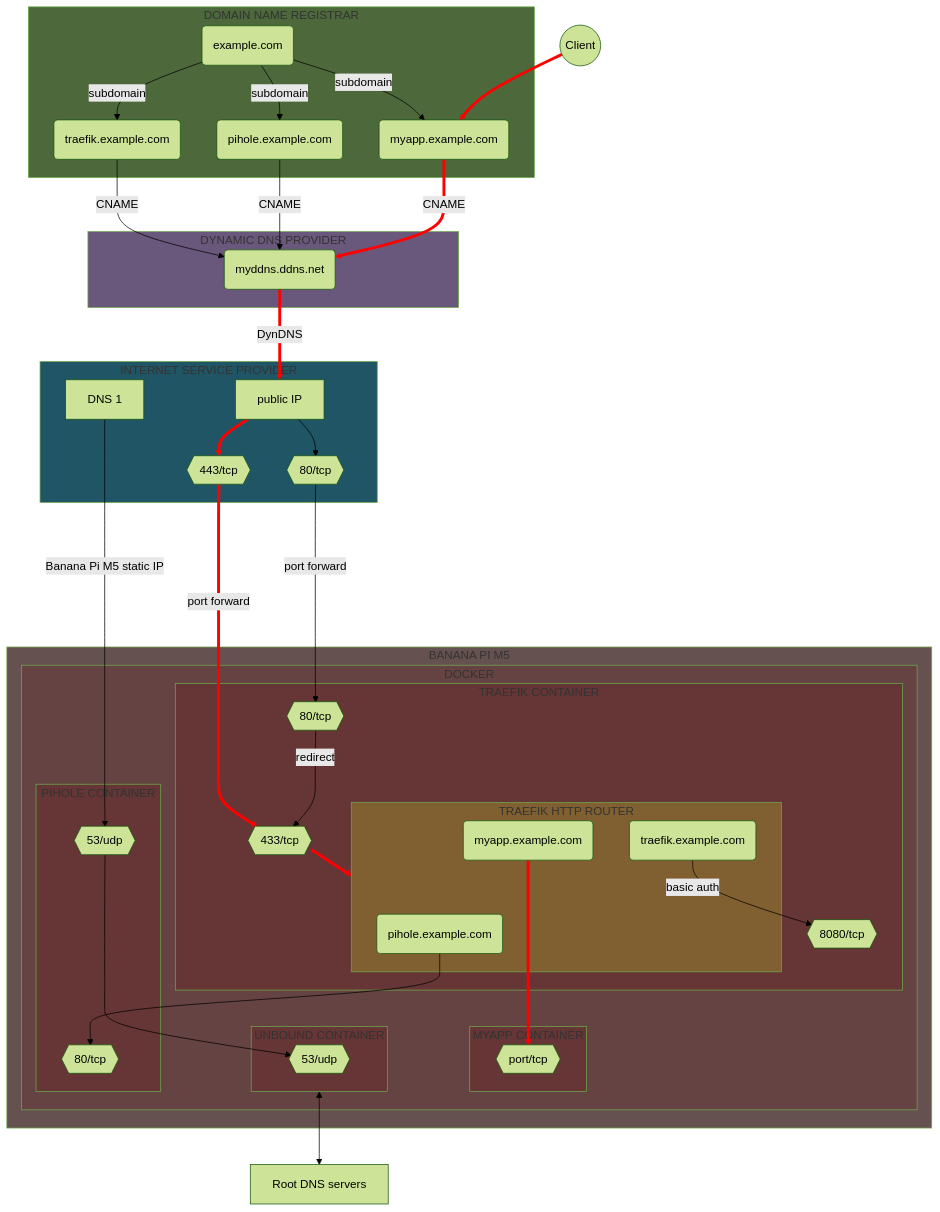
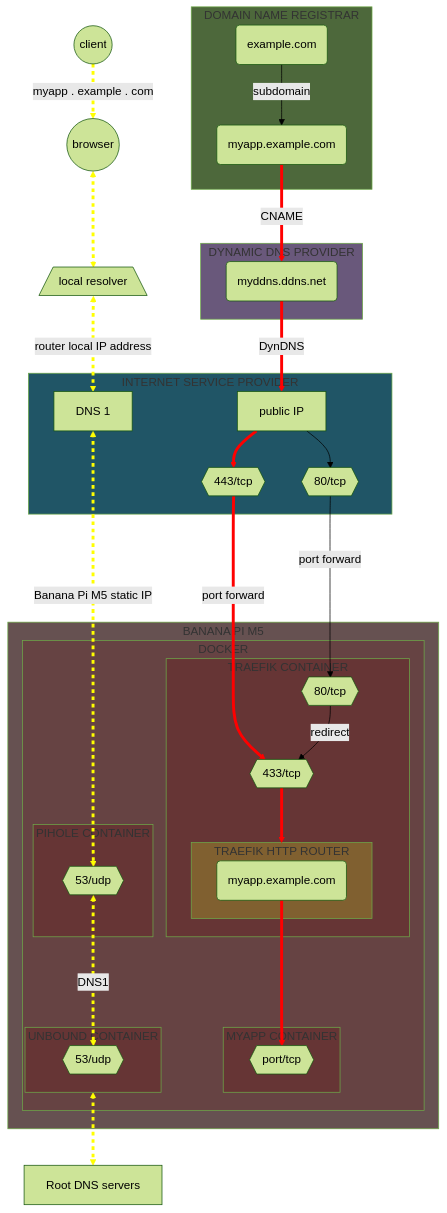
The seventh of 7 diagrams in README.md (Yann39/self-hosted), drawn with Mermaid (forest theme) before and after one commit. The commit also changed other lines of this file and 6 other files, not shown here.

````diff
--- a/README.md
+++ b/README.md
@@ -1237,34 +1720,24 @@
     style MYAPP_CONTAINER fill: #663535
     style TRAEFIK_ROUTER fill: #806030
     DOMAIN(example.com)
-    SUBDOMAIN_TRAEFIK(traefik.example.com)
-    SUBDOMAIN_PIHOLE(pihole.example.com)
     SUBDOMAIN_MYAPP(myapp.example.com)
     DDNS(myddns.ddns.net)
     ROUTER[public IP]
     ROUTER_PORT80{{80/tcp}}
     ROUTER_PORT443{{443/tcp}}
-    DOCKER_PIHOLE_PORT80{{80/tcp}}
     DOCKER_PIHOLE_PORT53{{53/udp}}
     DOCKER_TRAEFIK_PORT443{{433/tcp}}
     DOCKER_TRAEFIK_PORT80{{80/tcp}}
-    DOCKER_TRAEFIK_PORT8080{{8080/tcp}}
     DOCKER_MYAPP_PORT{{port/tcp}}
     DOCKER_UNBOUND_PORT53{{53/udp}}
-    TRAEFIK_ROUTER_PIHOLE(pihole.example.com)
-    TRAEFIK_ROUTER_TRAEFIK(traefik.example.com)
     TRAEFIK_ROUTER_MYAPP(myapp.example.com)
     ROOT_DNS_SERVERS[Root DNS servers]
 
     subgraph HOSTING_PROVIDER[DOMAIN NAME REGISTRAR]
-        DOMAIN -->|subdomain| SUBDOMAIN_TRAEFIK
-        DOMAIN -->|subdomain| SUBDOMAIN_PIHOLE
         DOMAIN -->|subdomain| SUBDOMAIN_MYAPP
     end
 
     subgraph DDNS_PROVIDER[DYNAMIC DNS PROVIDER]
-        SUBDOMAIN_TRAEFIK -->|CNAME| DDNS
-        SUBDOMAIN_PIHOLE -->|CNAME| DDNS
         SUBDOMAIN_MYAPP -->|CNAME| DDNS
     end
 
@@ -1275,8 +1748,11 @@
         DNS[DNS 1]
     end
 
-    CLIENT((Client)) ==> SUBDOMAIN_MYAPP
-    DNS ------>|Banana Pi M5 static IP| DOCKER_PIHOLE_PORT53
+    CLIENT((client)) -->|myapp . example . com| BROWSER
+    BROWSER((browser)) <--> LOCAL_DNS_RESOLVER[/local resolver\]
+%%BROWSER((browser)) --> ROUTER
+    LOCAL_DNS_RESOLVER <-->|router local IP address| DNS
+    DNS <------>|Banana Pi M5 static IP| DOCKER_PIHOLE_PORT53
     ROUTER_PORT443 -->|port forward| DOCKER_TRAEFIK_PORT443
     ROUTER_PORT80 -->|port forward| DOCKER_TRAEFIK_PORT80
 
@@ -1291,24 +1767,19 @@
             end
 
             subgraph PIHOLE_CONTAINER[PIHOLE CONTAINER]
-                DOCKER_PIHOLE_PORT80
                 DOCKER_PIHOLE_PORT53
             end
 
-            DOCKER_PIHOLE_PORT53 ---> DOCKER_UNBOUND_PORT53
+            DOCKER_PIHOLE_PORT53 <--->|DNS1| DOCKER_UNBOUND_PORT53
 
             subgraph TRAEFIK_CONTAINER[TRAEFIK CONTAINER]
                 DOCKER_TRAEFIK_PORT443 --> TRAEFIK_ROUTER
                 DOCKER_TRAEFIK_PORT80 -->|redirect| DOCKER_TRAEFIK_PORT443
 
                 subgraph TRAEFIK_ROUTER[TRAEFIK HTTP ROUTER]
-                    TRAEFIK_ROUTER_TRAEFIK
-                    TRAEFIK_ROUTER_PIHOLE
                     TRAEFIK_ROUTER_MYAPP
                 end
 
-                TRAEFIK_ROUTER_TRAEFIK -->|basic auth| DOCKER_TRAEFIK_PORT8080
-                TRAEFIK_ROUTER_PIHOLE --> DOCKER_PIHOLE_PORT80
                 TRAEFIK_ROUTER_MYAPP ---> DOCKER_MYAPP_PORT
             end
 
@@ -1317,11 +1788,16 @@
     end
 
     UNBOUND_CONTAINER <--> ROOT_DNS_SERVERS
-    linkStyle 5 stroke-width: 4px, stroke: red
-    linkStyle 6 stroke-width: 4px, stroke: red
-    linkStyle 8 stroke-width: 4px, stroke: red
+    linkStyle 1 stroke-width: 4px, stroke: red
+    linkStyle 2 stroke-width: 4px, stroke: red
+    linkStyle 4 stroke-width: 4px, stroke: red
+    linkStyle 5 stroke-width: 4px, stroke: yellow, stroke-dasharray: 5
+    linkStyle 6 stroke-width: 4px, stroke: yellow, stroke-dasharray: 5
+    linkStyle 7 stroke-width: 4px, stroke: yellow, stroke-dasharray: 5
+    linkStyle 8 stroke-width: 4px, stroke: yellow, stroke-dasharray: 5
     linkStyle 9 stroke-width: 4px, stroke: red
-    linkStyle 11 stroke-width: 4px, stroke: red
+    linkStyle 11 stroke-width: 4px, stroke: yellow, stroke-dasharray: 5
+    linkStyle 12 stroke-width: 4px, stroke: red
     linkStyle 14 stroke-width: 4px, stroke: red
-    linkStyle 18 stroke-width: 4px, stroke: red
+    linkStyle 15 stroke-width: 4px, stroke: yellow, stroke-dasharray: 5
 ```
````
